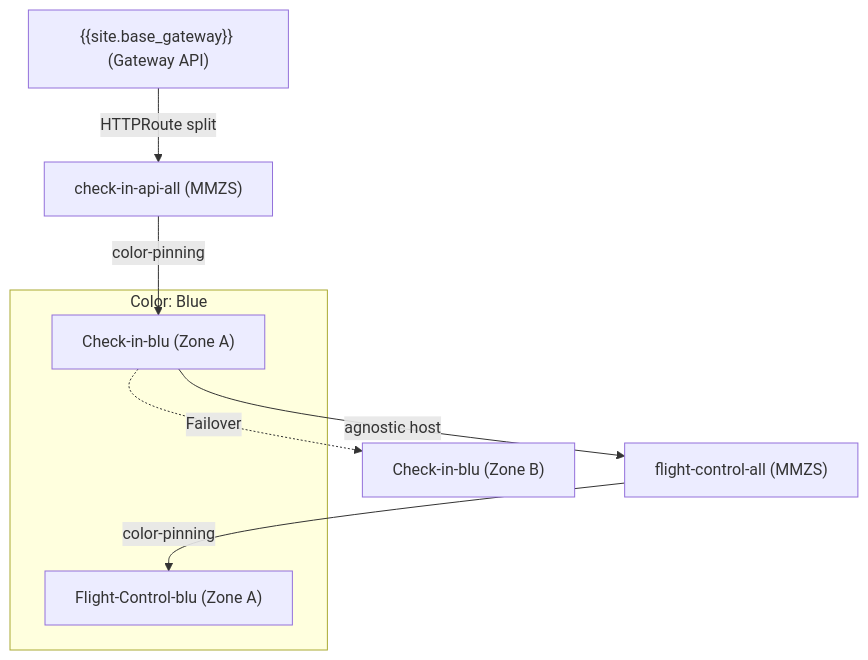
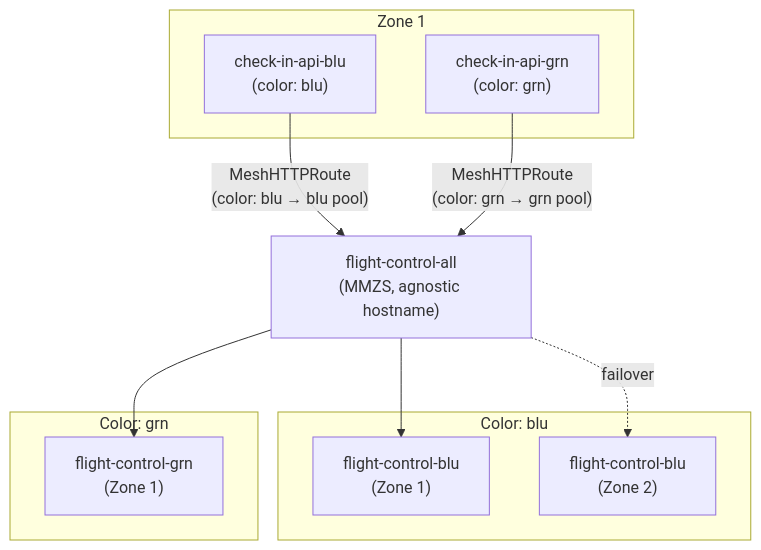
Before and after one commit to Kong/developer.konghq.com: the diagram in app/mesh/scenarios/global-color-routing.md, drawn with Mermaid. The commit also changed other lines of this file and 24 other files, not shown here.

```diff
--- a/app/mesh/scenarios/global-color-routing.md
+++ b/app/mesh/scenarios/global-color-routing.md
@@ -49,14 +52,24 @@
 {% mermaid %}
 graph TD
-    Gateway["{{site.base_gateway}} (Gateway API)"] -->|HTTPRoute split| MMZS1["check-in-api-all (MMZS)"]
-    MMZS1 -->|color-pinning| App1B["Check-in-blu (Zone A)"]
-    App1B -->|agnostic host| MMZS2["flight-control-all (MMZS)"]
-    MMZS2 -->|color-pinning| App2B["Flight-Control-blu (Zone A)"]
-
-    subgraph "Color: Blue"
-        App1B
-        App2B
+    subgraph "Zone 1"
+        CallerBlu["check-in-api-blu\n(color: blu)"]
+        CallerGrn["check-in-api-grn\n(color: grn)"]
     end
 
-    App1B -.->|Failover| App1B_ZoneB["Check-in-blu (Zone B)"]
+    MMZS["flight-control-all\n(MMZS, agnostic hostname)"]
+
+    subgraph "Color: blu"
+        FCBlu1["flight-control-blu\n(Zone 1)"]
+        FCBlu2["flight-control-blu\n(Zone 2)"]
+    end
+
+    subgraph "Color: grn"
+        FCGrn1["flight-control-grn\n(Zone 1)"]
+    end
+
+    CallerBlu -->|"MeshHTTPRoute\n(color: blu → blu pool)"| MMZS
+    CallerGrn -->|"MeshHTTPRoute\n(color: grn → grn pool)"| MMZS
+    MMZS --> FCBlu1
+    MMZS -.->|failover| FCBlu2
+    MMZS --> FCGrn1
 {% endmermaid %}
```
